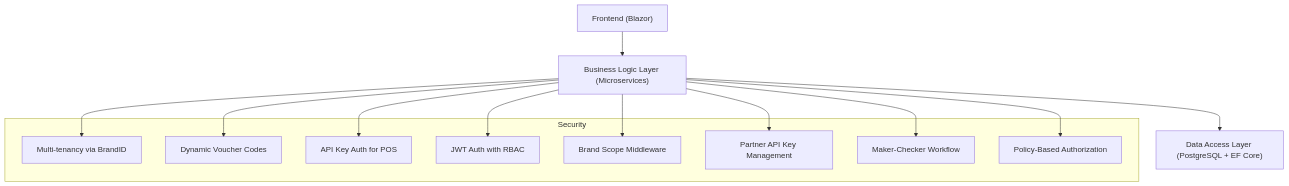
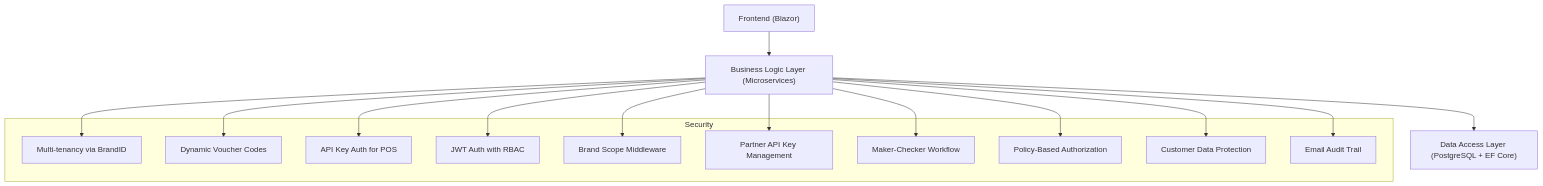
One commit to lamhongbac/NonCash changed the second of 6 diagrams in .qoder/repowiki/en/content/API Contracts and Integration/API Contracts and Integration.md. Above: the diagram before and after it, drawn with Mermaid. The commit also changed other lines of this file and 36 other files, not shown here.

````diff
--- a/.qoder/repowiki/en/content/API Contracts and Integration/API Contracts and Integration.md
+++ b/.qoder/repowiki/en/content/API Contracts and Integration/API Contracts and Integration.md
@@ -227,23 +249,27 @@
 ```mermaid
 graph TB
 UI["Frontend (Blazor)"] --> BLL["Business Logic Layer (Microservices)"]
 BLL --> DAL["Data Access Layer (PostgreSQL + EF Core)"]
 subgraph "Security"
 MT["Multi-tenancy via BrandID"]
 DS["Dynamic Voucher Codes"]
 AK["API Key Auth for POS"]
 JWT["JWT Auth with RBAC"]
 BS["Brand Scope Middleware"]
 PK["Partner API Key Management"]
 MC["Maker-Checker Workflow"]
 PA["Policy-Based Authorization"]
+CL["Customer Data Protection"]
+EL["Email Audit Trail"]
 end
 BLL --> MT
 BLL --> DS
 BLL --> AK
 BLL --> JWT
 BLL --> BS
 BLL --> PK
 BLL --> MC
 BLL --> PA
+BLL --> CL
+BLL --> EL
 ```
````
